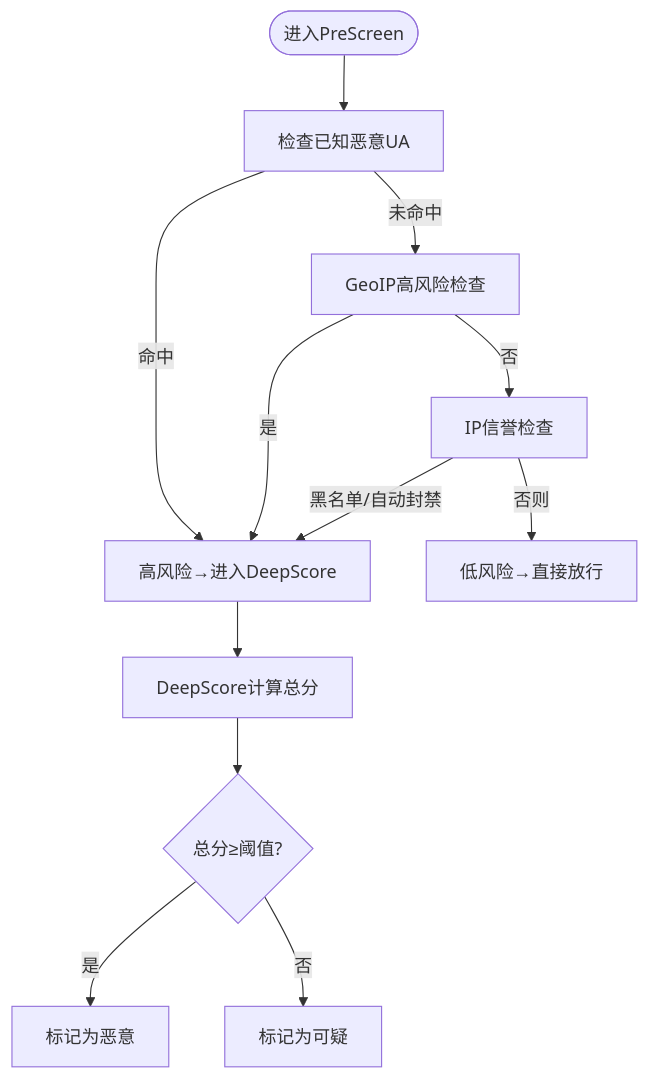
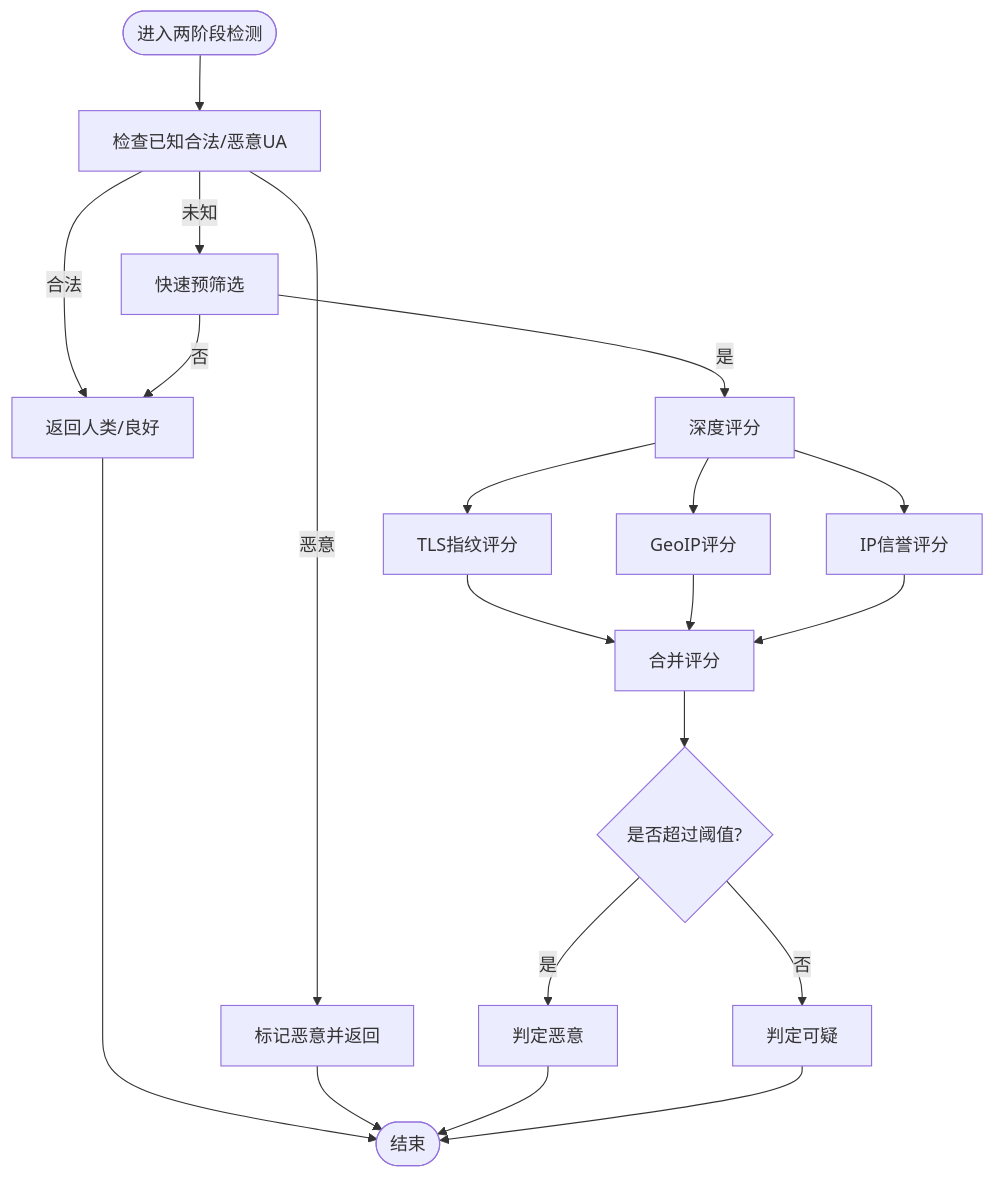
One commit to x01n/My-OpenWaf changed the third of 6 diagrams in docs/WAF 引擎系统/处理阶段详解/机器人检测阶段.md. Above: the diagram before and after it, drawn with Mermaid. The commit also changed other lines of this file and 199 other files, not shown here.

````diff
--- a/docs/WAF 引擎系统/处理阶段详解/机器人检测阶段.md
+++ b/docs/WAF 引擎系统/处理阶段详解/机器人检测阶段.md
@@ -181,14 +146,22 @@
 ```mermaid
 flowchart TD
-Start(["进入PreScreen"]) --> UA["检查已知恶意UA"]
-UA --> |命中| HighRisk["高风险→进入DeepScore"]
-UA --> |未命中| Geo["GeoIP高风险检查"]
-Geo --> |是| HighRisk
-Geo --> |否| Rep["IP信誉检查"]
-Rep --> |黑名单/自动封禁| HighRisk
-Rep --> |否则| LowRisk["低风险→直接放行"]
-HighRisk --> DS["DeepScore计算总分"]
-DS --> Decide{"总分≥阈值?"}
-Decide --> |是| Mal["标记为恶意"]
-Decide --> |否| Susp["标记为可疑"]
+Start(["进入两阶段检测"]) --> UA["检查已知合法/恶意UA"]
+UA --> |合法| Human["返回人类/良好"]
+UA --> |恶意| Malicious["标记恶意并返回"]
+UA --> |未知| Pre["快速预筛选"]
+Pre --> |否| Human
+Pre --> |是| Deep["深度评分"]
+Deep --> Geo["GeoIP评分"]
+Deep --> TLS["TLS指纹评分"]
+Deep --> IPRep["IP信誉评分"]
+TLS --> Merge["合并评分"]
+Geo --> Merge
+IPRep --> Merge
+Merge --> Threshold{"是否超过阈值?"}
+Threshold --> |是| VerdictMal["判定恶意"]
+Threshold --> |否| VerdictSusp["判定可疑"]
+Human --> End(["结束"])
+Malicious --> End
+VerdictMal --> End
+VerdictSusp --> End
 ```
````
